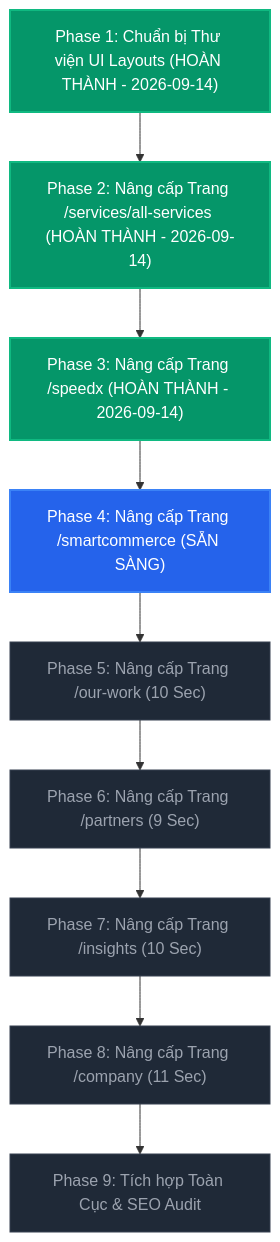
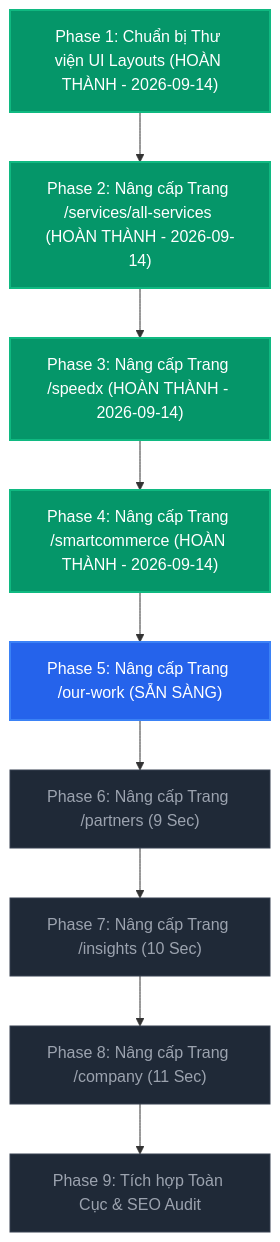
Before and after one commit to hung55410-uiuxdesign/egead-company: the diagram in docs/plans/plan.md, drawn with Mermaid. The commit also changed other lines of this file and 10 other files, not shown here.

````diff
--- a/docs/plans/plan.md
+++ b/docs/plans/plan.md
@@ -64,18 +64,18 @@
 ```mermaid
 flowchart TD
     classDef done fill:#059669,stroke:#10b981,stroke-width:2px,color:#ffffff;
     classDef active fill:#2563eb,stroke:#3b82f6,stroke-width:2px,color:#ffffff;
     classDef pending fill:#1f2937,stroke:#374151,stroke-width:1px,color:#9ca3af;
 
     P1["Phase 1: Chuẩn bị Thư viện UI Layouts (HOÀN THÀNH - 2026-09-14)"]:::done
     P2["Phase 2: Nâng cấp Trang /services/all-services (HOÀN THÀNH - 2026-09-14)"]:::done
     P3["Phase 3: Nâng cấp Trang /speedx (HOÀN THÀNH - 2026-09-14)"]:::done
-    P4["Phase 4: Nâng cấp Trang /smartcommerce (SẴN SÀNG)"]:::active
-    P5["Phase 5: Nâng cấp Trang /our-work (10 Sec)"]:::pending
+    P4["Phase 4: Nâng cấp Trang /smartcommerce (HOÀN THÀNH - 2026-09-14)"]:::done
+    P5["Phase 5: Nâng cấp Trang /our-work (SẴN SÀNG)"]:::active
     P6["Phase 6: Nâng cấp Trang /partners (9 Sec)"]:::pending
     P7["Phase 7: Nâng cấp Trang /insights (10 Sec)"]:::pending
     P8["Phase 8: Nâng cấp Trang /company (11 Sec)"]:::pending
     P9["Phase 9: Tích hợp Toàn Cục & SEO Audit"]:::pending
 
     P1 --> P2 --> P3 --> P4 --> P5 --> P6 --> P7 --> P8 --> P9
 ```
````
